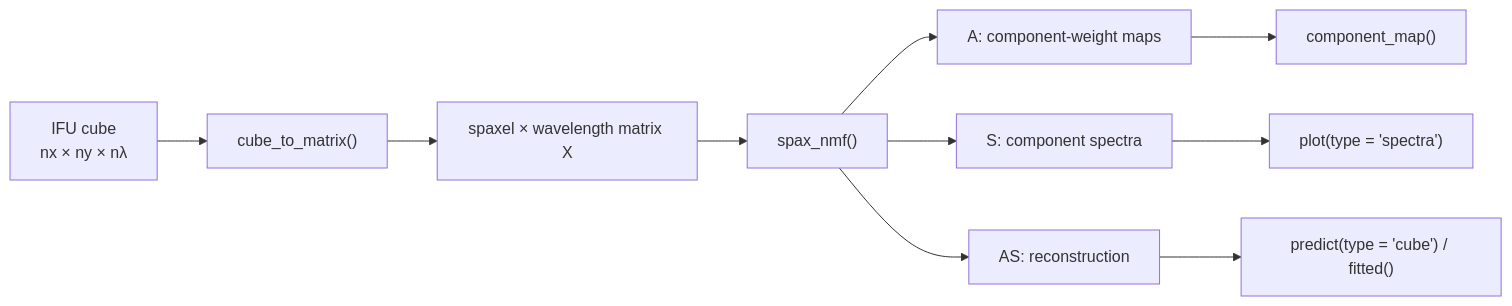
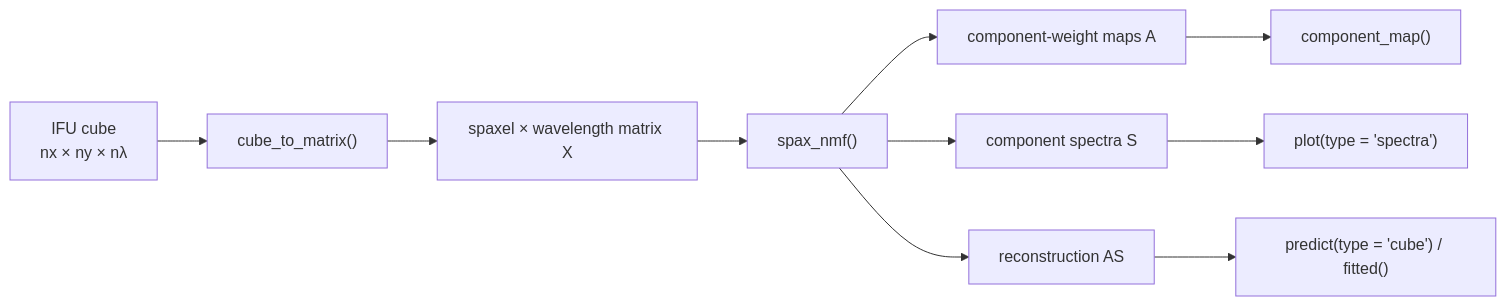
One commit to RafaelSdeSouza/SpaxNMF changed the diagram in site/index.qmd. Above: the diagram before and after it, drawn with Mermaid. The commit also changed other lines of this file, not shown here.

````diff
--- a/site/index.qmd
+++ b/site/index.qmd
@@ -46,12 +122,12 @@
 ```{mermaid}
 flowchart LR
   A["IFU cube<br/>nx × ny × nλ"] --> B["cube_to_matrix()"]
   B --> C["spaxel × wavelength matrix X"]
   C --> D["spax_nmf()"]
-  D --> E["A: component-weight maps"]
-  D --> F["S: component spectra"]
-  D --> G["AS: reconstruction"]
+  D --> E["component-weight maps A"]
+  D --> F["component spectra S"]
+  D --> G["reconstruction AS"]
   E --> H["component_map()"]
   F --> I["plot(type = 'spectra')"]
   G --> J["predict(type = 'cube') / fitted()"]
 ```
````
